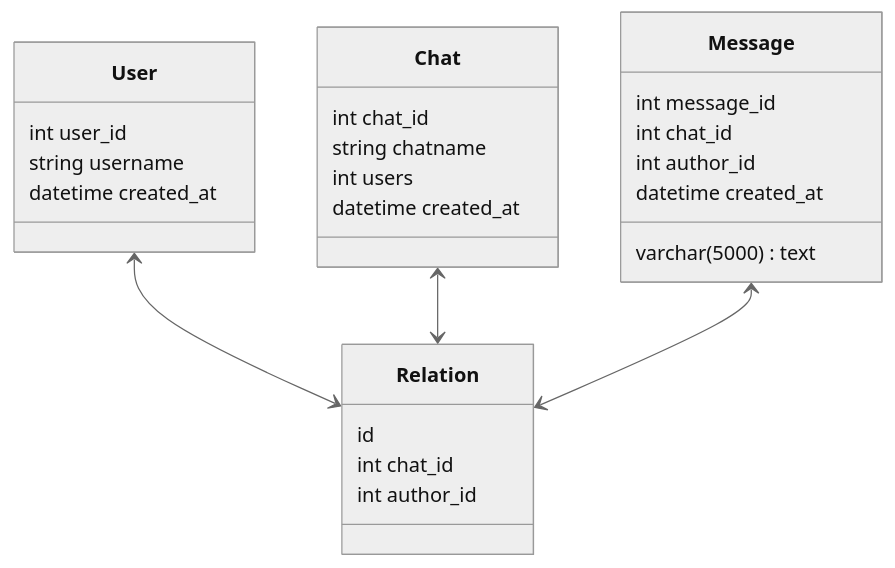
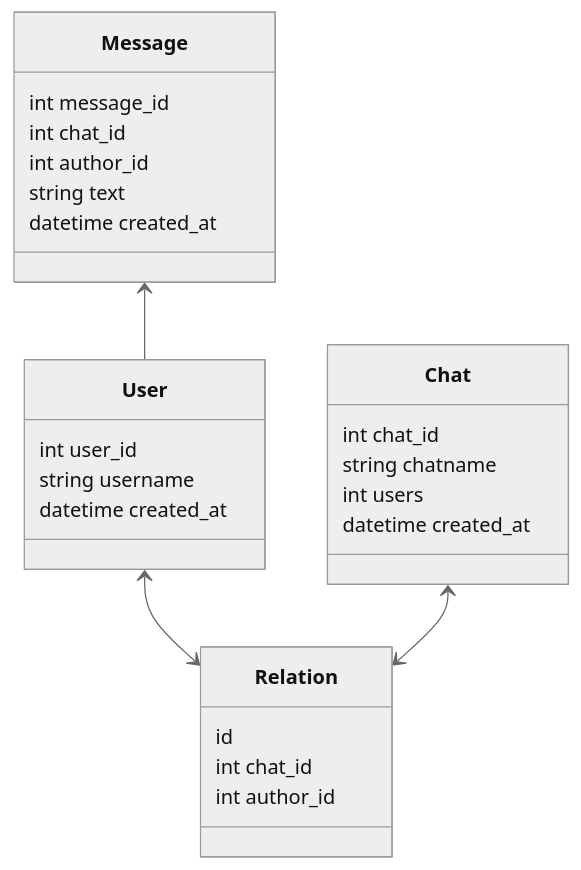
The diagram in README.md (Tatarochka52/-hats-HTTP-API), drawn with Mermaid (neutral theme) before and after one commit.

Commit message:
Update UML in ReadMe

````diff
--- a/README.md
+++ b/README.md
@@ -13,31 +13,31 @@
 ```mermaid
 
 classDiagram  
     class User  
     User : int user_id  
     User : string username  
     User : datetime created_at  
     
     class Chat  
     Chat : int chat_id  
     Chat : string chatname  
     Chat : int users  
     Chat : datetime created_at 
     
     class Message  
     Message : int message_id  
     Message : int chat_id  
     Message : int author_id  
-    Message : varchar(5000) text  
+    Message : string text  
     Message : datetime created_at
     
     class Relation  
     Relation : id
     Relation : int chat_id  
     Relation : int author_id
     
     User <--> Relation  
     Chat <--> Relation 
-    Message <--> Relation
+    Message <-- User
 
 ```
````
